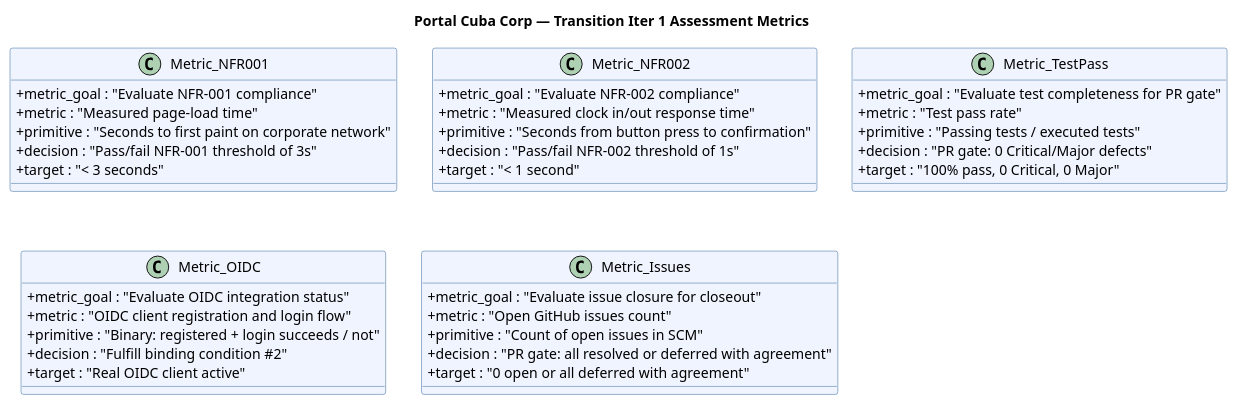
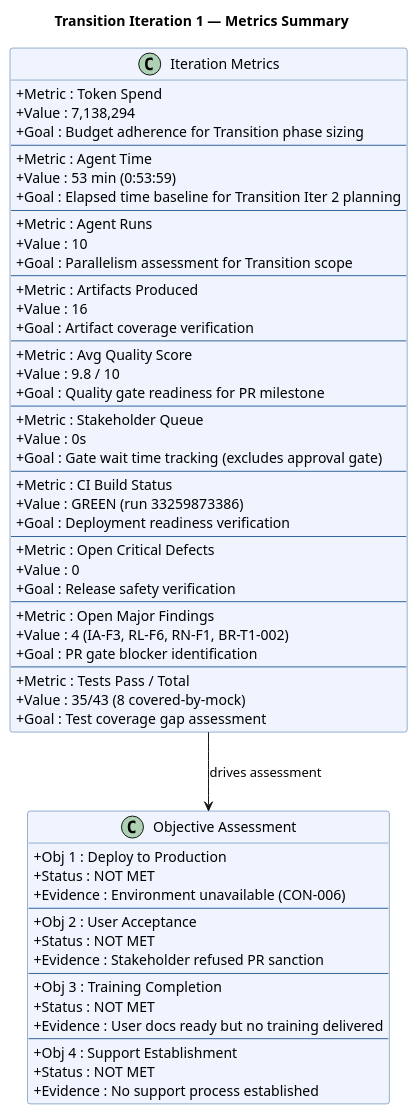
Before and after one commit to banense-test/portal-cuba-corp: the second of 2 diagrams in docs/artifacts/project-management/iteration-assessment.md, drawn with PlantUML. The commit also changed other lines of this file, not shown here.

First line of the commit message:
Project Manager [T1]: upsert Iteration Assessment

````diff
--- a/docs/artifacts/project-management/iteration-assessment.md
+++ b/docs/artifacts/project-management/iteration-assessment.md
@@ -99,50 +123,72 @@
 ```plantuml
 @startuml
-title Portal Cuba Corp — Transition Iter 1 Assessment Metrics
+title Transition Iteration 1 — Metrics Summary
 
 skinparam classAttributeIconSize 0
 skinparam classBackgroundColor #F0F4FF
 skinparam classBorderColor #336699
 
-class Metric_NFR001 {
-  + metric_goal : "Evaluate NFR-001 compliance"
-  + metric : "Measured page-load time"
-  + primitive : "Seconds to first paint on corporate network"
-  + decision : "Pass/fail NFR-001 threshold of 3s"
-  + target : "< 3 seconds"
+class "Iteration Metrics" as metrics {
+  + Metric : Token Spend
+  + Value : 7,138,294
+  + Goal : Budget adherence for Transition phase sizing
+  --
+  + Metric : Agent Time
+  + Value : 53 min (0:53:59)
+  + Goal : Elapsed time baseline for Transition Iter 2 planning
+  --
+  + Metric : Agent Runs
+  + Value : 10
+  + Goal : Parallelism assessment for Transition scope
+  --
+  + Metric : Artifacts Produced
+  + Value : 16
+  + Goal : Artifact coverage verification
+  --
+  + Metric : Avg Quality Score
+  + Value : 9.8 / 10
+  + Goal : Quality gate readiness for PR milestone
+  --
+  + Metric : Stakeholder Queue
+  + Value : 0s
+  + Goal : Gate wait time tracking (excludes approval gate)
+  --
+  + Metric : CI Build Status
+  + Value : GREEN (run 33259873386)
+  + Goal : Deployment readiness verification
+  --
+  + Metric : Open Critical Defects
+  + Value : 0
+  + Goal : Release safety verification
+  --
+  + Metric : Open Major Findings
+  + Value : 4 (IA-F3, RL-F6, RN-F1, BR-T1-002)
+  + Goal : PR gate blocker identification
+  --
+  + Metric : Tests Pass / Total
+  + Value : 35/43 (8 covered-by-mock)
+  + Goal : Test coverage gap assessment
 }
 
-class Metric_NFR002 {
-  + metric_goal : "Evaluate NFR-002 compliance"
-  + metric : "Measured clock in/out response time"
-  + primitive : "Seconds from button press to confirmation"
-  + decision : "Pass/fail NFR-002 threshold of 1s"
-  + target : "< 1 second"
+class "Objective Assessment" as obj_assess {
+  + Obj 1 : Deploy to Production
+  + Status : NOT MET
+  + Evidence : Environment unavailable (CON-006)
+  --
+  + Obj 2 : User Acceptance
+  + Status : NOT MET
+  + Evidence : Stakeholder refused PR sanction
+  --
+  + Obj 3 : Training Completion
+  + Status : NOT MET
+  + Evidence : User docs ready but no training delivered
+  --
+  + Obj 4 : Support Establishment
+  + Status : NOT MET
+  + Evidence : No support process established
 }
 
-class Metric_TestPass {
-  + metric_goal : "Evaluate test completeness for PR gate"
-  + metric : "Test pass rate"
-  + primitive : "Passing tests / executed tests"
-  + decision : "PR gate: 0 Critical/Major defects"
-  + target : "100% pass, 0 Critical, 0 Major"
-}
-
-class Metric_OIDC {
-  + metric_goal : "Evaluate OIDC integration status"
-  + metric : "OIDC client registration and login flow"
-  + primitive : "Binary: registered + login succeeds / not"
-  + decision : "Fulfill binding condition #2"
-  + target : "Real OIDC client active"
-}
-
-class Metric_Issues {
-  + metric_goal : "Evaluate issue closure for closeout"
-  + metric : "Open GitHub issues count"
-  + primitive : "Count of open issues in SCM"
-  + decision : "PR gate: all resolved or deferred with agreement"
-  + target : "0 open or all deferred with agreement"
-}
+metrics --> obj_assess : "drives assessment"
 
 @enduml
 ```
````
